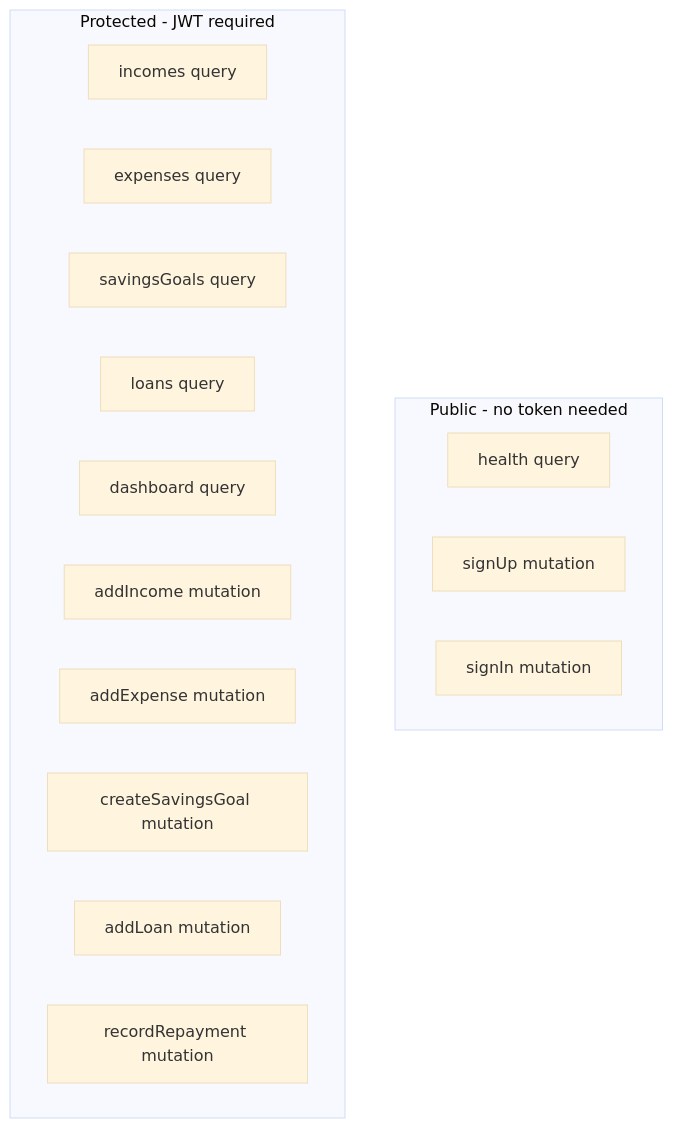
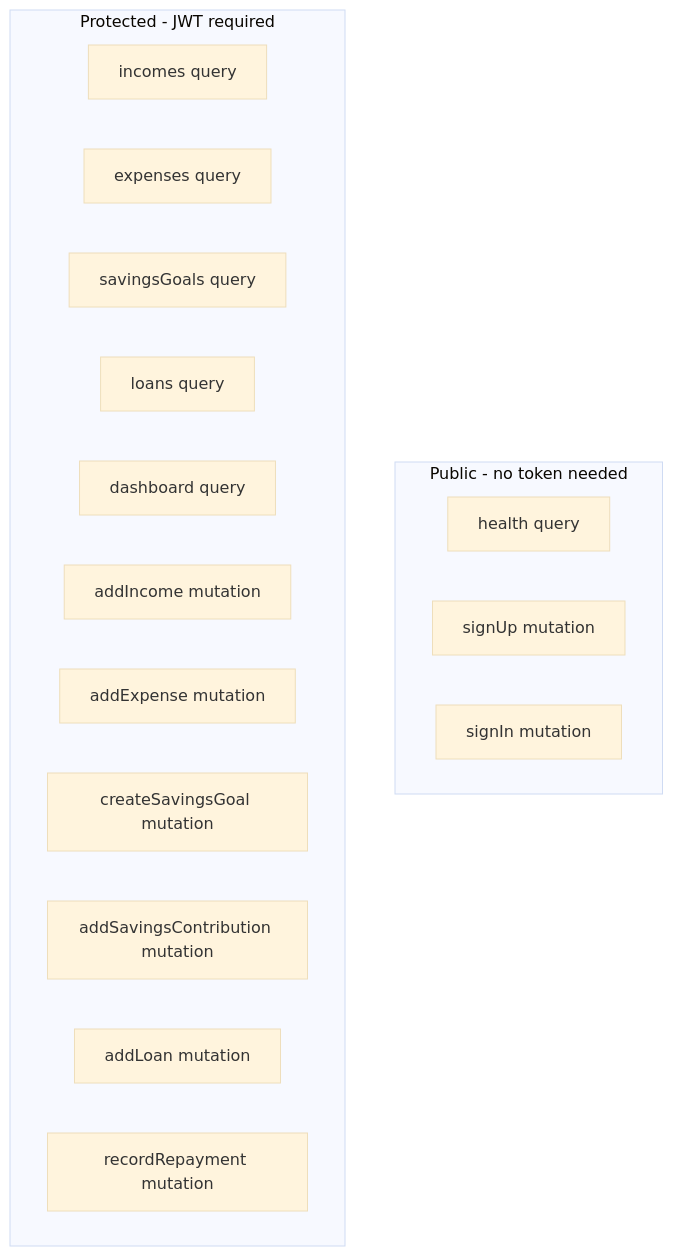
One commit to dev-personal-projects/vela changed the eighth of 8 diagrams in docs/lessons/LESSON-1-graphql-fundamentals.md. Above: the diagram before and after it, drawn with Mermaid (base theme). The commit also changed other lines of this file and 9 other files, not shown here.

First line of the commit message:
✨ feat: add savings contribution mutation to GraphQL API

````diff
--- a/docs/lessons/LESSON-1-graphql-fundamentals.md
+++ b/docs/lessons/LESSON-1-graphql-fundamentals.md
@@ -359,21 +360,22 @@
 ```mermaid
 flowchart TB
     subgraph Public - no token needed
         H[health query]
         SU[signUp mutation]
         SI[signIn mutation]
     end
 
     subgraph Protected - JWT required
         IQ[incomes query]
         EQ[expenses query]
         SQ[savingsGoals query]
         LQ[loans query]
         DQ[dashboard query]
         IM[addIncome mutation]
         EM[addExpense mutation]
         SM[createSavingsGoal mutation]
+        SCM[addSavingsContribution mutation]
         LM[addLoan mutation]
         RM[recordRepayment mutation]
     end
 ```
````
